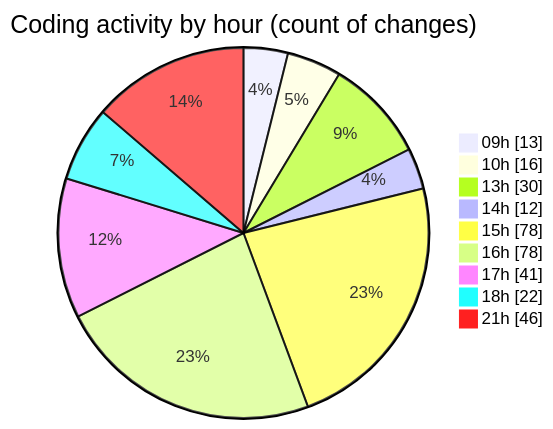
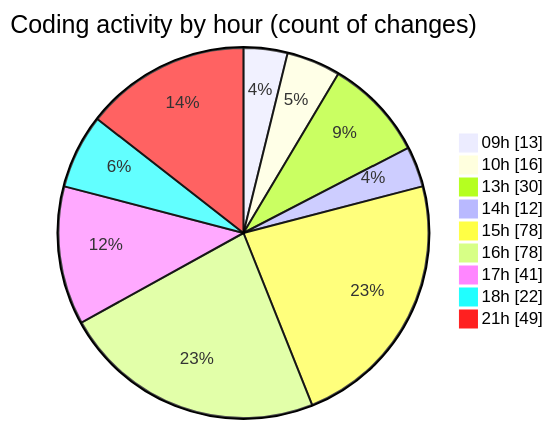
One commit to momahboobian/code-tracking changed the second of 2 diagrams in 2025-03-31/cda/README.md. Above: the diagram before and after it, drawn with Mermaid. The commit also changed other lines of this file and 1 other file, not shown here.

````diff
--- a/2025-03-31/cda/README.md
+++ b/2025-03-31/cda/README.md
@@ -50,13 +50,13 @@
 ```mermaid
 pie showData
 title Coding activity by hour (count of changes)
 "09h" : 13
 "10h" : 16
 "13h" : 30
 "14h" : 12
 "15h" : 78
 "16h" : 78
 "17h" : 41
 "18h" : 22
-"21h" : 46
+"21h" : 49
 ```
````
